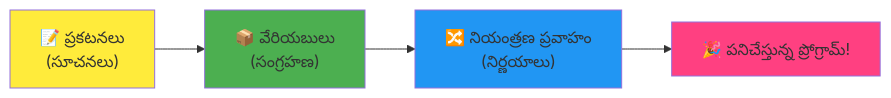
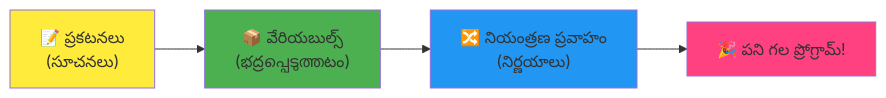
Before and after one commit to microsoft/Web-Dev-For-Beginners: the fourth of 7 diagrams in translations/te/1-getting-started-lessons/1-intro-to-programming-languages/README.md, drawn with Mermaid. The commit also changed other lines of this file and 8 other files, not shown here.

````diff
--- a/translations/te/1-getting-started-lessons/1-intro-to-programming-languages/README.md
+++ b/translations/te/1-getting-started-lessons/1-intro-to-programming-languages/README.md
@@ -465,9 +467,9 @@
 ```mermaid
 flowchart LR
-    A["📝 ప్రకటనలు<br/>(సూచనలు)"] --> B["📦 వేరియబులు<br/>(సంగ్రహణ)"] --> C["🔀 నియంత్రణ ప్రవాహం<br/>(నిర్ణయాలు)"] --> D["🎉 పనిచేస్తున్న ప్రోగ్రామ్!"]
+    A["📝 ప్రకటనలు<br/>(సూచనలు)"] --> B["📦 వేరియబుల్స్<br/>(భద్రപ്പെടുത്തటం)"] --> C["🔀 నియంత్రణ ప్రవాహం<br/>(నిర్ణయాలు)"] --> D["🎉 పని గల ప్రోగ్రామ్!"]
     
     style A fill:#ffeb3b
     style B fill:#4caf50
     style C fill:#2196f3
     style D fill:#ff4081
 ```  
````
